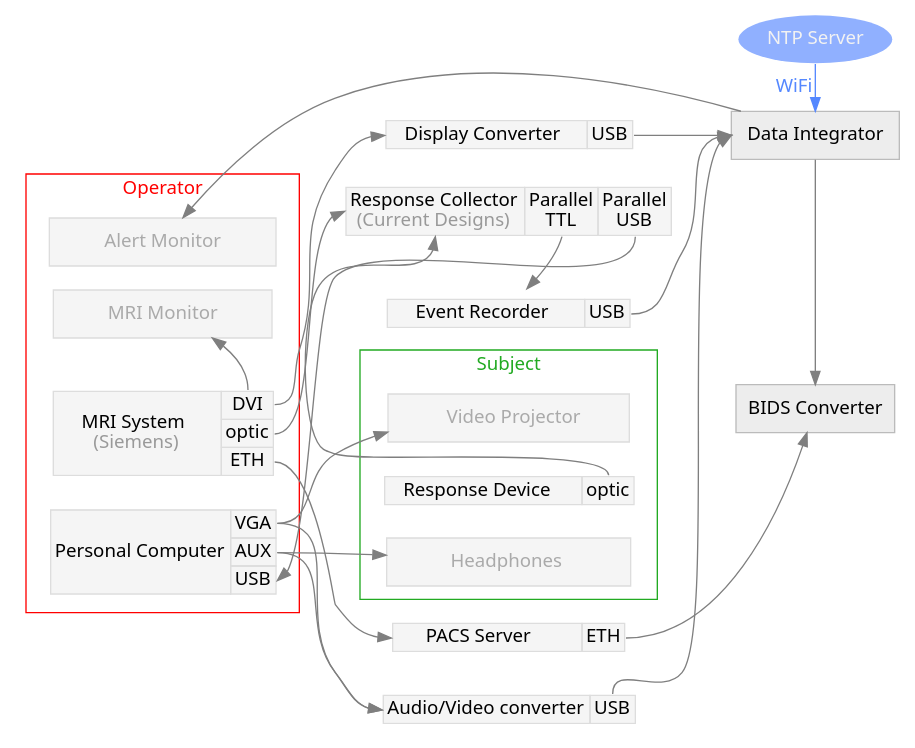
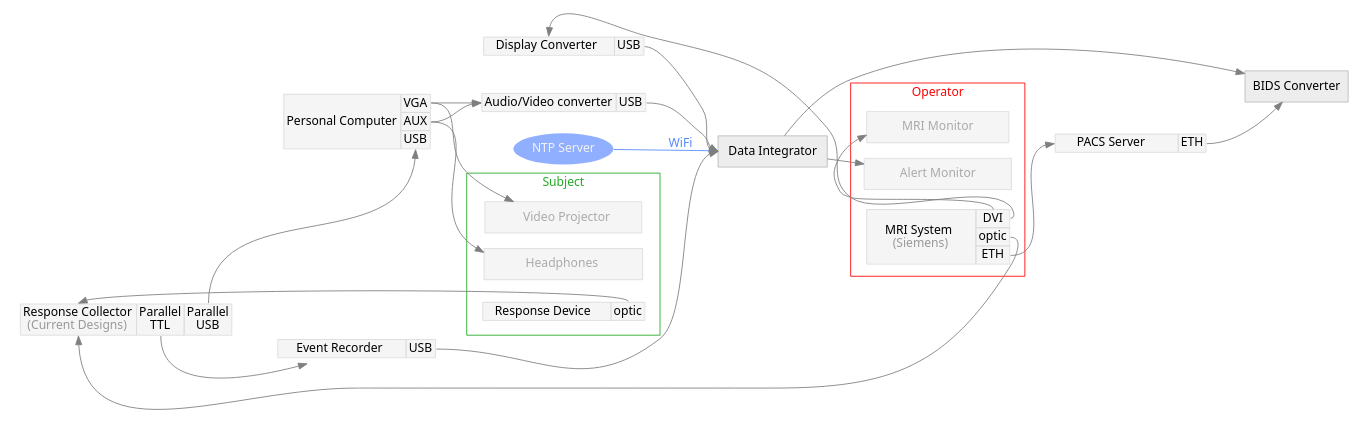
One commit to ReproNim/reprostim changed the diagram in docs/environment.dot. Above: the diagram before and after it, drawn with Graphviz.

Commit message:
Moved personal computer outside of the operator

```diff
--- a/docs/environment.dot
+++ b/docs/environment.dot
@@ -1,160 +1,167 @@
 digraph graphname {
     //newrank=true;
     size="14,8";
     graph [fontname = "sans", margin=0, splines=spline];
     rankdir="LR";
     node [fontname = "sans", style=filled];
     edge [fontname = "sans", color=gray50];
     ntp[label="NTP Server", shape=ellipse, fillcolor="#90B0FF", color=none, fontcolor=gray95]
     aud[
         label =<<TABLE BORDER="0" CELLBORDER="1" CELLSPACING="0" BGCOLOR="grey96">
                 <TR>
                     <TD PORT="a">Audio/Video converter</TD>
                     <TD PORT="usb">USB</TD>
                 </TR>
             </TABLE>>
             fillcolor=none;
             shape=none;
             color="#DDDDDD",
     ];
     eve[
         label =<<TABLE BORDER="0" CELLBORDER="1" CELLSPACING="0" BGCOLOR="grey96">
                 <TR>
                     <TD>      Event Recorder     </TD>
                     <TD PORT="usb">USB</TD>
                 </TR>
             </TABLE>>
             fillcolor=none;
             shape=none;
             color="#DDDDDD",
     ];
     dat[label=" Data Integrator ", shape=box, color="#BBBBBB", fillcolor=grey93];
     pac[
         label =<<TABLE BORDER="0" CELLBORDER="1" CELLSPACING="0" BGCOLOR="grey96">
                 <TR>
                     <TD PORT="a">       PACS Server        </TD>
                     <TD PORT="eth">ETH</TD>
                 </TR>
             </TABLE>>
             fillcolor=none;
             shape=none;
             color="#DDDDDD",
     ];
     bid[label="BIDS Converter", shape=box, color="#BBBBBB", fillcolor=grey93];
     dis[
         label =<<TABLE BORDER="0" CELLBORDER="1" CELLSPACING="0" BGCOLOR="grey96">
                 <TR>
                     <TD PORT="a">    Display Converter   </TD>
                     <TD PORT="usb">USB</TD>
                 </TR>
             </TABLE>>
             fillcolor=none;
             shape=none;
             color="#DDDDDD",
     ];
     rec[
         label =<<TABLE BORDER="0" CELLBORDER="1" CELLSPACING="0" BGCOLOR="grey96">
                 <TR>
                     <TD PORT="a">Response Collector<BR/><FONT COLOR="#999999">(Current Designs)</FONT></TD>
                     <TD PORT="ttl">Parallel<BR/>TTL</TD>
 					<TD PORT="usb">Parallel<BR/>USB</TD>
                 </TR>
             </TABLE>>
             fillcolor=none;
             shape=none;
             color="#DDDDDD",
     ];
     subgraph cluster_operator {
         label="Operator";
         fontcolor=red;
         color=red;
         margin=10;
 
-        per[
-            label =<<TABLE BORDER="0" CELLBORDER="1" CELLSPACING="0" BGCOLOR="grey96">
-                    <TR><TD ROWSPAN="4">Personal Computer</TD></TR>
-                    <TR>
-                        <TD PORT="vga">VGA</TD>
-                    </TR>
-                    <TR>
-                        <TD PORT="aux">AUX</TD>
-                    </TR>
-                    <TR>
-                        <TD PORT="usb">USB</TD>
-                    </TR>
-				</TABLE>>
-                fillcolor=none;
-                shape=none;
-                color="#DDDDDD",
-        ];
-
         mrm[label="         MRI Monitor        ", shape=box, color="#DDDDDD", fillcolor=grey96, fontcolor="#AAAAAA"];
         mri[
             label =<<TABLE BORDER="0" CELLBORDER="1" CELLSPACING="0" BGCOLOR="grey96">
                     <TR><TD ROWSPAN="4">      MRI System     <BR/><FONT COLOR="#999999">(Siemens)</FONT></TD></TR>
                     <TR>
                         <TD PORT="dvi">DVI</TD>
                     </TR>
                     <TR>
                         <TD PORT="optic">optic</TD>
                     </TR>
                     <TR>
                         <TD PORT="eth">ETH</TD>
                     </TR>
                 </TABLE>>
                 fillcolor=none,
                 shape=none,
                 color="#DDDDDD",
         ];
         ale[label="         Alert Monitor        ", shape=box, color="#DDDDDD", fillcolor=grey96, fontcolor="#AAAAAA"];
     }
 
     subgraph cluster_subject {
         label="Subject";
         fontcolor="#22AA22";
         color="#22AA22";
         margin=10;
 
         vid[label="          Video Projector       ", shape=box, color="#DDDDDD", fillcolor=grey96, fontcolor="#AAAAAA"];
         hea[label="           Headphones           ", shape=box, color="#DDDDDD", fillcolor=grey96, fontcolor="#AAAAAA"];
         res[
             label =<<TABLE BORDER="0" CELLBORDER="1" CELLSPACING="0" BGCOLOR="grey96">
                     <TR>
                         <TD>    Response Device    </TD>
                         <TD PORT="optic">optic</TD>
                     </TR>
                 </TABLE>>
                 fillcolor=none;
                 shape=none;
                 color="#DDDDDD",
         ];
     }
 
+	subgraph experimenter {
+        label="Experimenter";
+        fontcolor="#22AA22";
+        color="#22AA22";
+        margin=10;
+
+        per[
+            label =<<TABLE BORDER="0" CELLBORDER="1" CELLSPACING="0" BGCOLOR="grey96">
+                    <TR><TD ROWSPAN="4">Personal Computer</TD></TR>
+                    <TR>
+                        <TD PORT="vga">VGA</TD>
+                    </TR>
+                    <TR>
+                        <TD PORT="aux">AUX</TD>
+                    </TR>
+                    <TR>
+                        <TD PORT="usb">USB</TD>
+                    </TR>
+				</TABLE>>
+                fillcolor=none;
+                shape=none;
+                color="#DDDDDD",
+        ];
+	}
+
     mri:dvi:n -> mrm[constraint=false];
     per:vga -> vid;
     per:aux:e -> hea;
 	rec:usb -> per:usb;
     mri:optic -> rec:a;
     res:optic -> rec:a;
     rec:ttl -> eve;
     eve:usb -> dat:w;
     mri:dvi:e -> dis:a;
     per:vga -> aud:a:w[weight=5];
     per:aux:e -> aud:a:w;
     mri:eth -> pac:a;
     pac:eth:e -> bid;
     dat -> bid;
     dis:usb -> dat:w;
     ntp -> dat[label="WiFi   ", color="#5588FF", fontcolor="#5588FF"];
     aud:usb -> dat:w;
     dat -> ale[weight=3];
     //{ rank=same; op1; op2; }
-    { rank=same; aud; rec; dis; pac; eve}
+//yohdisabled    { rank=same; aud; rec; dis; pac; eve}
     //{ rank=same; aud; rec; dis; pac; vid; hea; res }
     //{ rank=same; aud; rec; dis; pac; hea; vid; res}
     //{ rank=same; mri; pac; }
-    { rank=same; ntp; dat; bid; }
+//yohdisabled    { rank=same; ntp; dat; bid; }
     //{ rank=same; dvi; aux; vga; }
     //{ rank=same; per; mri; mrm; vid; hea; res; }
     //{ rank=same; cluster_subject; cluster_operator; }
 }
```
